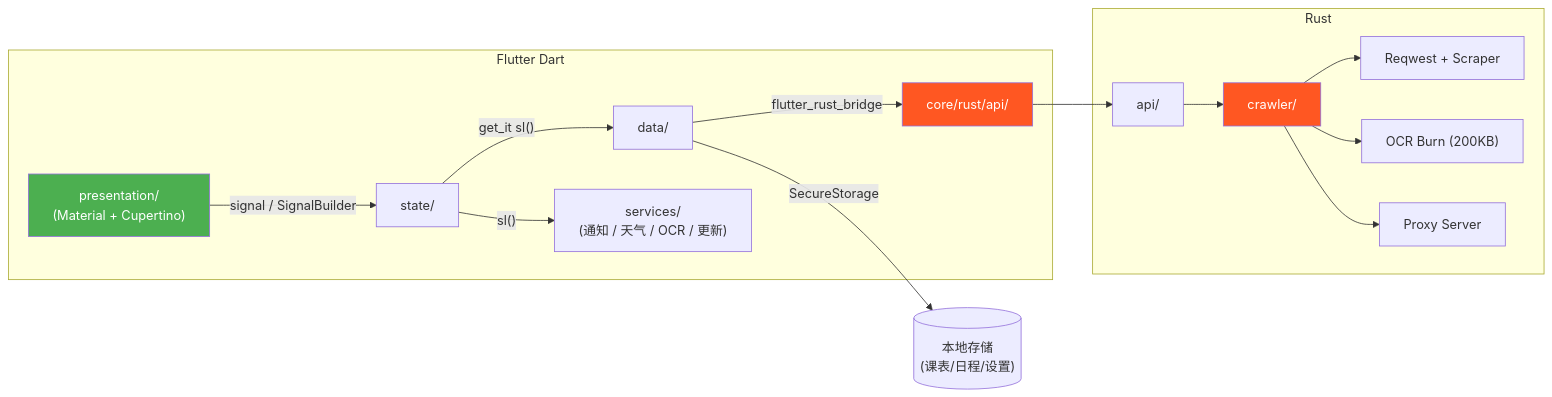
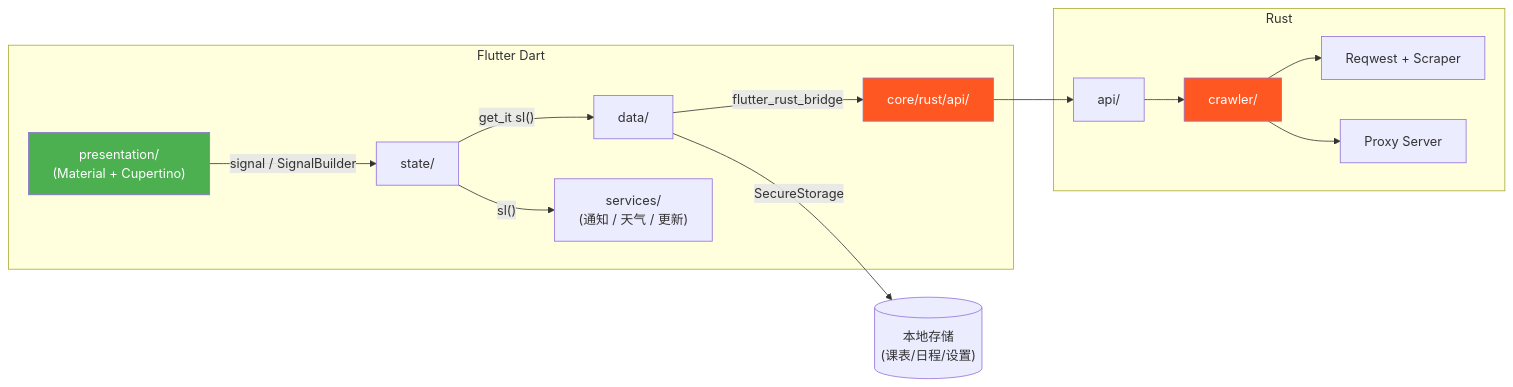
Before and after one commit to fans963/li_curriculum_table: the fifth of 7 diagrams in README.md, drawn with Mermaid. The commit also changed other lines of this file and 118 other files, not shown here.

````diff
--- a/README.md
+++ b/README.md
@@ -388,23 +384,22 @@
 ```mermaid
 graph LR
     subgraph "Flutter Dart"
         A["presentation/<br/>(Material + Cupertino)"] -->|"signal / SignalBuilder"| B["state/"]
         B -->|"get_it sl()"| C["data/"]
         C -->|"flutter_rust_bridge"| D["core/rust/api/"]
-        B -->|"sl()"| SVC["services/<br/>(通知 / 天气 / OCR / 更新)"]
+        B -->|"sl()"| SVC["services/<br/>(通知 / 天气 / 更新)"]
     end
 
     subgraph "Rust"
         D --> E["api/"]
         E --> F["crawler/"]
         F --> G["Reqwest + Scraper"]
-        F --> H["OCR Burn (200KB)"]
         F --> I["Proxy Server"]
     end
 
     C -->|"SecureStorage"| J[("本地存储<br/>(课表/日程/设置)")]
 
     style A fill:#4CAF50,color:#fff
     style D fill:#FF5722,color:#fff
     style F fill:#FF5722,color:#fff
 ```
````
